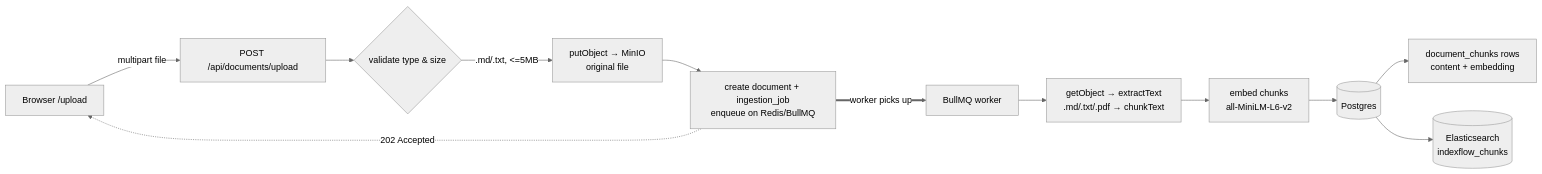
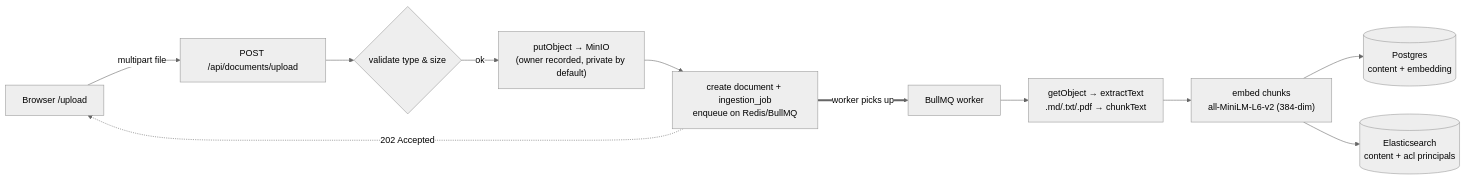
One commit to JCHETAN26/IndexFlow changed the second of 5 diagrams in README.md. Above: the diagram before and after it, drawn with Mermaid (neutral theme). The commit also changed other lines of this file and 3 other files, not shown here.

First line of the commit message:
docs: professional README overhaul — diagrams + demo screenshots

````diff
--- a/README.md
+++ b/README.md
@@ -102,14 +176,13 @@
 ```mermaid
 flowchart LR
-    A[Browser /upload] -->|multipart file| B[POST /api/documents/upload]
-    B --> C{validate type & size}
-    C -->|.md/.txt, <=5MB| M[putObject → MinIO<br/>original file]
-    M --> J[create document + ingestion_job<br/>enqueue on Redis/BullMQ]
+    A["Browser /upload"] -->|multipart file| B["POST /api/documents/upload"]
+    B --> C{"validate type & size"}
+    C -->|"ok"| M["putObject → MinIO<br/>(owner recorded, private by default)"]
+    M --> J["create document + ingestion_job<br/>enqueue on Redis/BullMQ"]
     J -.->|202 Accepted| A
-    J ==>|worker picks up| W[BullMQ worker]
-    W --> D[getObject → extractText<br/>.md/.txt/.pdf → chunkText]
-    D --> E[embed chunks<br/>all-MiniLM-L6-v2]
-    E --> F[(Postgres)]
-    F --> H[document_chunks rows<br/>content + embedding]
-    F --> ES[(Elasticsearch<br/>indexflow_chunks)]
+    J ==>|worker picks up| W["BullMQ worker"]
+    W --> D["getObject → extractText<br/>.md/.txt/.pdf → chunkText"]
+    D --> E["embed chunks<br/>all-MiniLM-L6-v2 (384-dim)"]
+    E --> F[("Postgres<br/>content + embedding")]
+    E --> ES[("Elasticsearch<br/>content + acl principals")]
 ```
````
